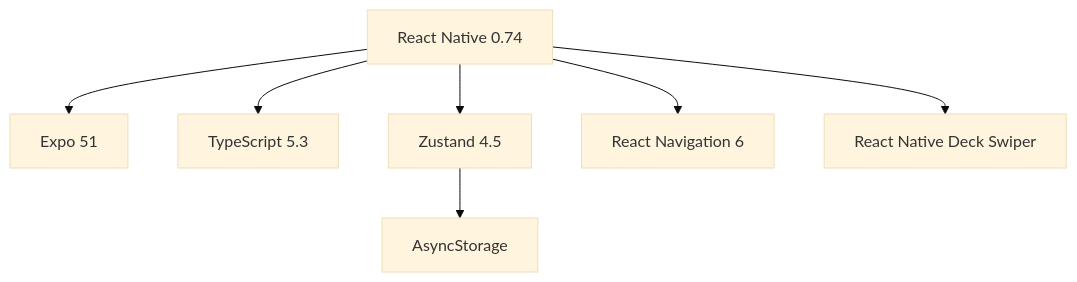
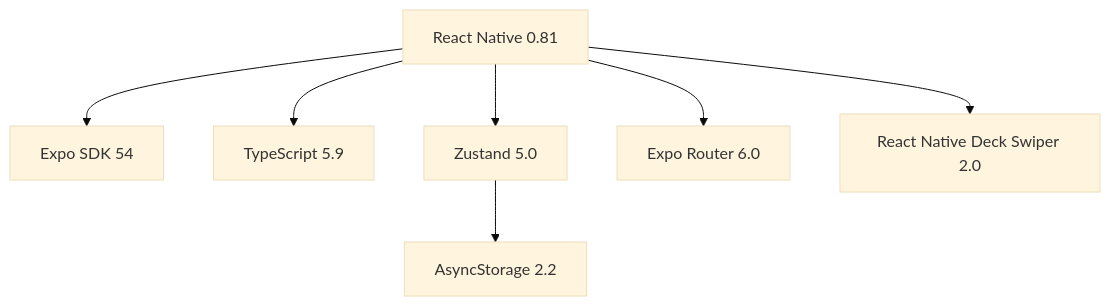
The diagram in README.md (zokuuu/swiply), drawn with Mermaid (base theme) before and after one commit. The commit also changed other lines of this file and 1 other file, not shown here.

````diff
--- a/README.md
+++ b/README.md
@@ -28,9 +28,9 @@
 ```mermaid
 graph TD
-    A[React Native 0.74] --> B[Expo 51]
-    A --> C[TypeScript 5.3]
-    A --> D[Zustand 4.5]
-    D --> E[AsyncStorage]
-    A --> F[React Navigation 6]
-    A --> G[React Native Deck Swiper]
+    A[React Native 0.81] --> B[Expo SDK 54]
+    A --> C[TypeScript 5.9]
+    A --> D[Zustand 5.0]
+    D --> E[AsyncStorage 2.2]
+    A --> F[Expo Router 6.0]
+    A --> G[React Native Deck Swiper 2.0]
 ```
````
